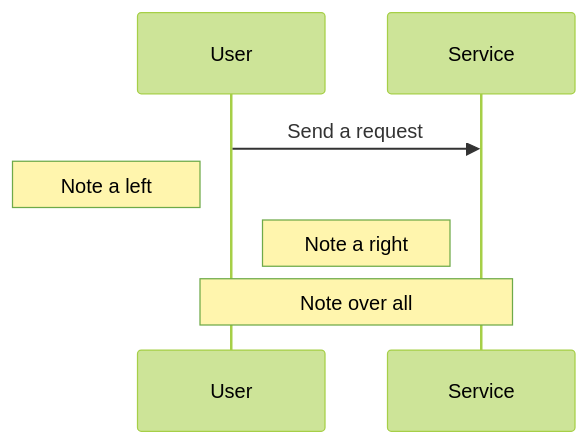
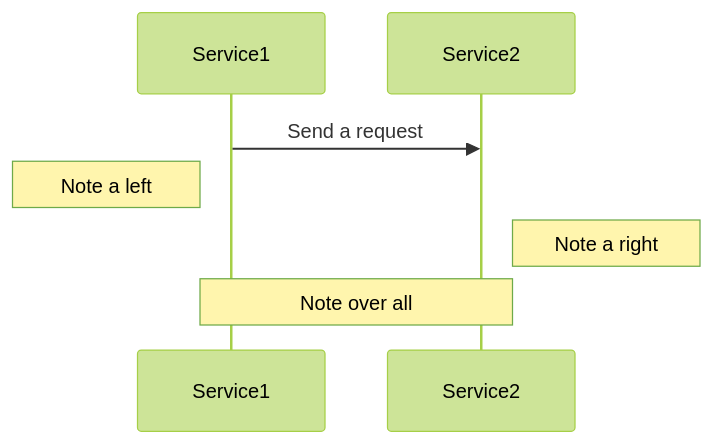
Before and after one commit to doanthuanthanh88/yas-sequence-diagram: diagram 12 of 14 in GUIDE.md, drawn with Mermaid (forest theme). The commit also changed other lines of this file and 14 other files, not shown here.

````diff
--- a/GUIDE.md
+++ b/GUIDE.md
@@ -250,8 +478,8 @@
 ```mermaid
 sequenceDiagram
-User ->> Service: Send a request
+Service1 ->> Service2: Send a request
 
-NOTE LEFT OF User: Note a left
-NOTE RIGHT OF User: Note a right
-NOTE OVER User, Service: Note over all
+NOTE LEFT OF Service1: Note a left
+NOTE RIGHT OF Service2: Note a right
+NOTE OVER Service1, Service2: Note over all
 ```
````
